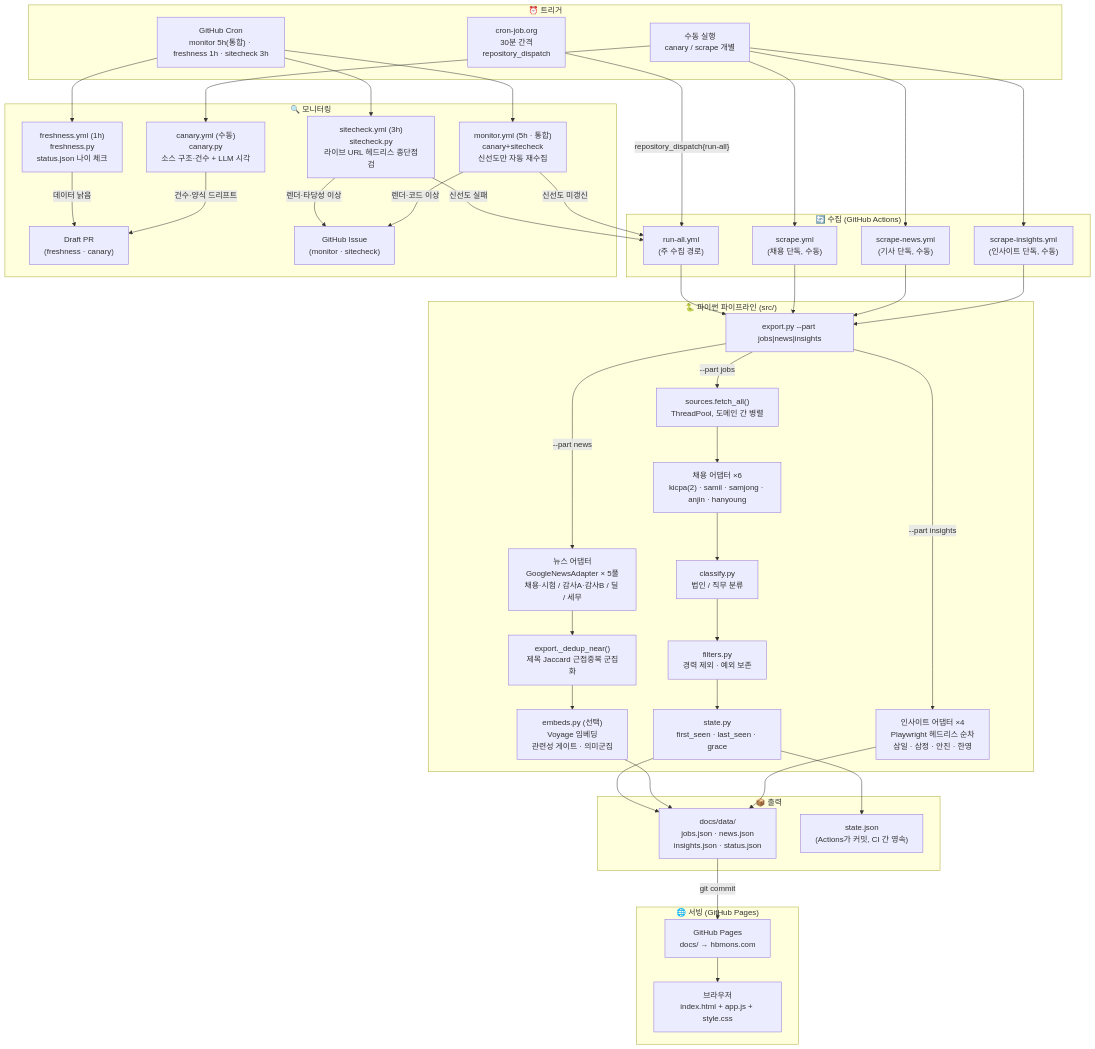
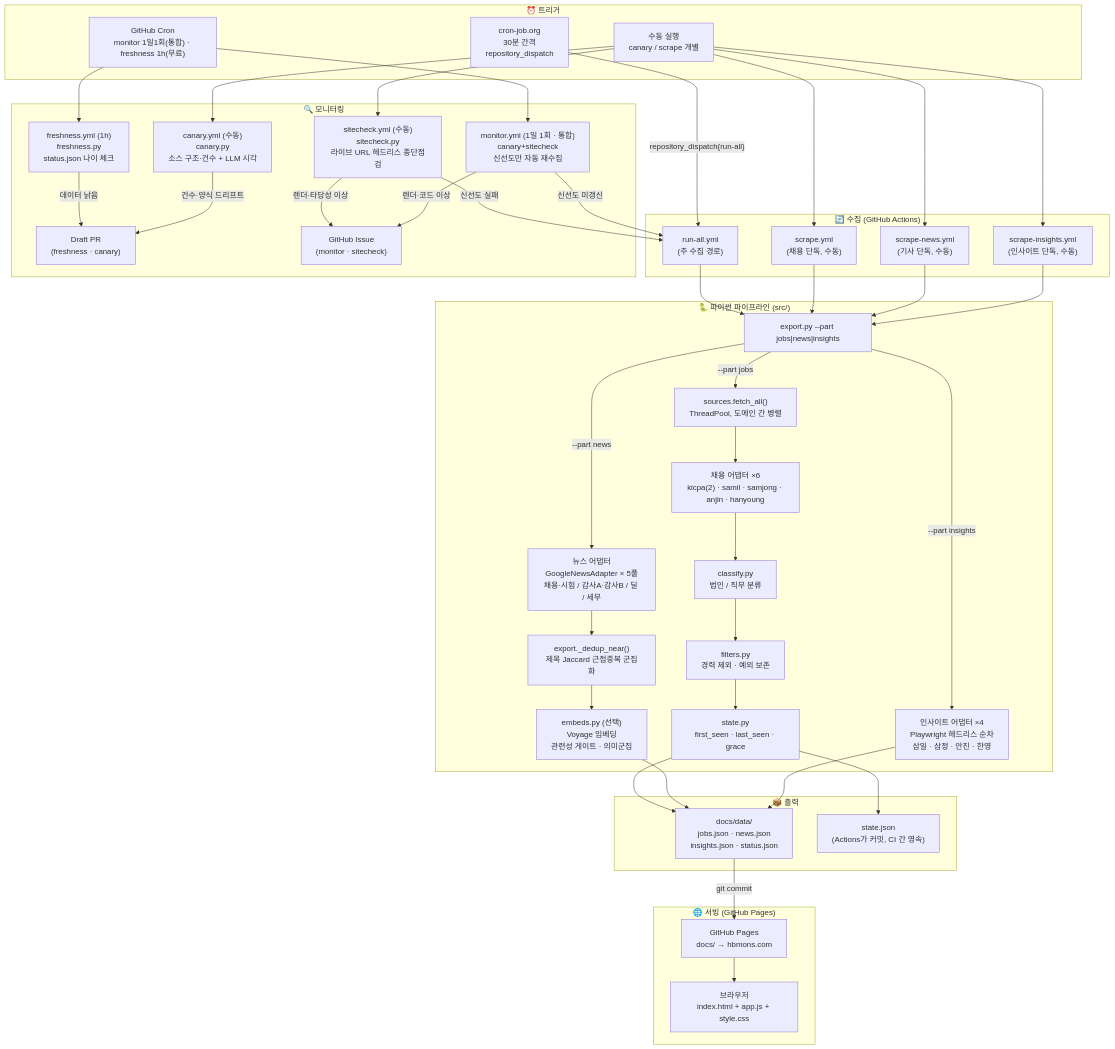
The first of 5 diagrams in docs-meta/WORKFLOW.md (jaehyuk-choi-KICPA/KICPA_CAREER_HUB_SITE), drawn with Mermaid before and after one commit. The commit also changed other lines of this file and 5 other files, not shown here.

Commit message:
chore: 모니터링 토큰 절감 — monitor 1일 1회(KST 07:00) + LLM 비전 haiku 전환 + sitecheck cron 폐기

````diff
--- a/docs-meta/WORKFLOW.md
+++ b/docs-meta/WORKFLOW.md
@@ -10,72 +10,72 @@
 ```mermaid
 flowchart TD
     subgraph TRIGGER["⏰ 트리거"]
         EXT["cron-job.org<br/>30분 간격<br/>repository_dispatch"]
-        GH_CRON["GitHub Cron<br/>monitor 5h(통합) · freshness 1h · sitecheck 3h"]
+        GH_CRON["GitHub Cron<br/>monitor 1일1회(통합) · freshness 1h(무료)"]
         MANUAL["수동 실행<br/>canary / scrape 개별"]
     end
 
     subgraph COLLECT["🔄 수집 (GitHub Actions)"]
         RUN_ALL["run-all.yml<br/>(주 수집 경로)"]
         SCRAPE["scrape.yml<br/>(채용 단독, 수동)"]
         SCRAPE_N["scrape-news.yml<br/>(기사 단독, 수동)"]
         SCRAPE_I["scrape-insights.yml<br/>(인사이트 단독, 수동)"]
     end
 
     subgraph PIPELINE["🐍 파이썬 파이프라인 (src/)"]
         EXPORT["export.py --part jobs|news|insights"]
         SOURCES["sources.fetch_all()<br/>ThreadPool, 도메인 간 병렬"]
         ADAPTERS_J["채용 어댑터 ×6<br/>kicpa(2) · samil · samjong · anjin · hanyoung"]
         ADAPTERS_N["뉴스 어댑터<br/>GoogleNewsAdapter × 5풀<br/>채용·시험 / 감사A·감사B / 딜 / 세무"]
         ADAPTERS_I["인사이트 어댑터 ×4<br/>Playwright 헤드리스 순차<br/>삼일 · 삼정 · 안진 · 한영"]
         STATE["state.py<br/>first_seen · last_seen · grace"]
         CLASSIFY["classify.py<br/>법인 / 직무 분류"]
         FILTER["filters.py<br/>경력 제외 · 예외 보존"]
         DEDUP["export._dedup_near()<br/>제목 Jaccard 근접중복 군집화"]
         EMBEDS["embeds.py (선택)<br/>Voyage 임베딩<br/>관련성 게이트 · 의미군집"]
     end
 
     subgraph OUTPUT["📦 출력"]
         DATA["docs/data/<br/>jobs.json · news.json<br/>insights.json · status.json"]
         STATE_J["state.json<br/>(Actions가 커밋, CI 간 영속)"]
     end
 
     subgraph SERVE["🌐 서빙 (GitHub Pages)"]
         PAGES["GitHub Pages<br/>docs/ → hbmons.com"]
         BROWSER["브라우저<br/>index.html + app.js + style.css"]
     end
 
     subgraph MONITOR["🔍 모니터링"]
         FRESH["freshness.yml (1h)<br/>freshness.py<br/>status.json 나이 체크"]
-        SITE["sitecheck.yml (3h)<br/>sitecheck.py<br/>라이브 URL 헤드리스 종단점검"]
+        SITE["sitecheck.yml (수동)<br/>sitecheck.py<br/>라이브 URL 헤드리스 종단점검"]
         CANARY["canary.yml (수동)<br/>canary.py<br/>소스 구조·건수 + LLM 시각"]
-        MON["monitor.yml (5h · 통합)<br/>canary+sitecheck<br/>신선도만 자동 재수집"]
+        MON["monitor.yml (1일 1회 · 통합)<br/>canary+sitecheck<br/>신선도만 자동 재수집"]
         DRAFT_PR["Draft PR<br/>(freshness · canary)"]
         GH_ISSUE["GitHub Issue<br/>(monitor · sitecheck)"]
     end
 
     EXT -->|"repository_dispatch{run-all}"| RUN_ALL
-    GH_CRON --> MON & FRESH & SITE
-    MANUAL --> SCRAPE & SCRAPE_N & SCRAPE_I & CANARY
+    GH_CRON --> MON & FRESH
+    MANUAL --> SCRAPE & SCRAPE_N & SCRAPE_I & CANARY & SITE
 
     RUN_ALL --> EXPORT
     SCRAPE & SCRAPE_N & SCRAPE_I --> EXPORT
 
     EXPORT -->|"--part jobs"| SOURCES --> ADAPTERS_J
     EXPORT -->|"--part news"| ADAPTERS_N
     EXPORT -->|"--part insights"| ADAPTERS_I
 
     ADAPTERS_J --> CLASSIFY --> FILTER --> STATE --> DATA
     ADAPTERS_N --> DEDUP --> EMBEDS --> DATA
     ADAPTERS_I --> DATA
     STATE --> STATE_J
 
     DATA -->|"git commit"| PAGES --> BROWSER
 
     FRESH -->|"데이터 낡음"| DRAFT_PR
     SITE -->|"렌더·타당성 이상"| GH_ISSUE
     SITE -->|"신선도 실패"| RUN_ALL
     CANARY -->|"건수·양식 드리프트"| DRAFT_PR
     MON -->|"신선도 미갱신"| RUN_ALL
     MON -->|"렌더·코드 이상"| GH_ISSUE
 ```
````
